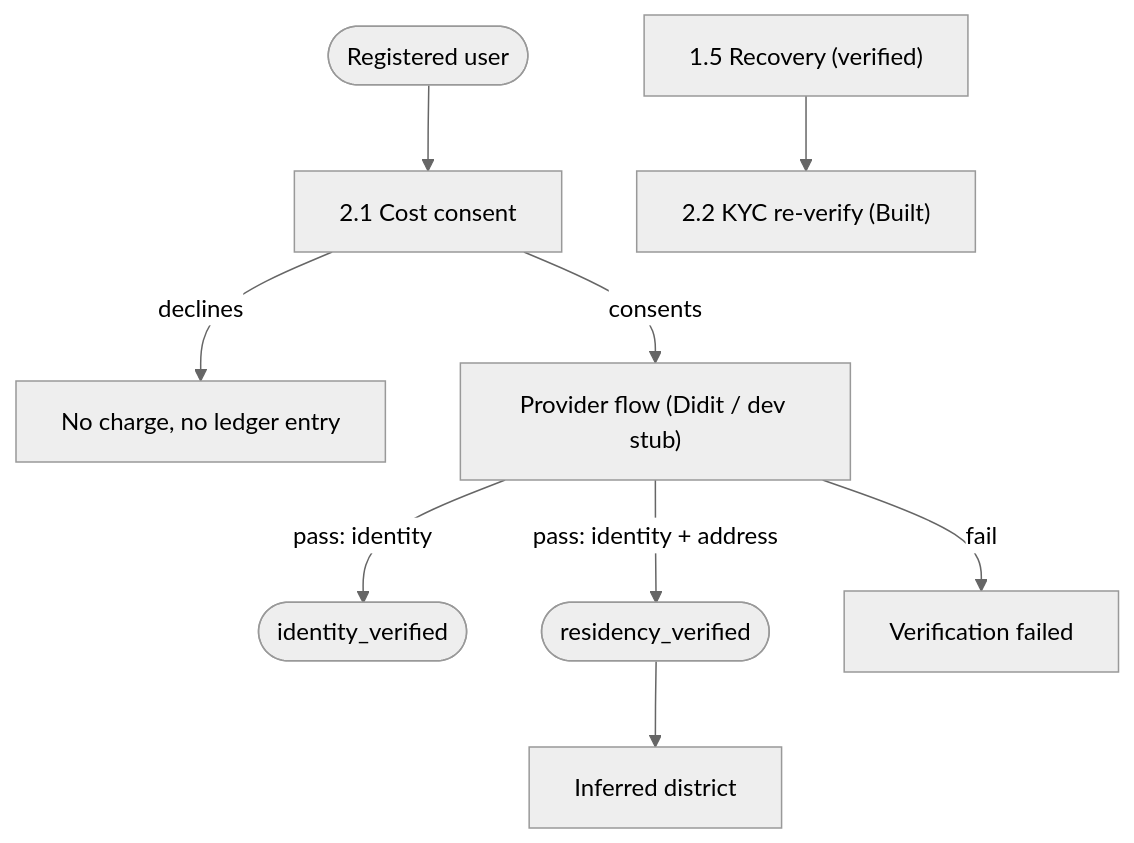
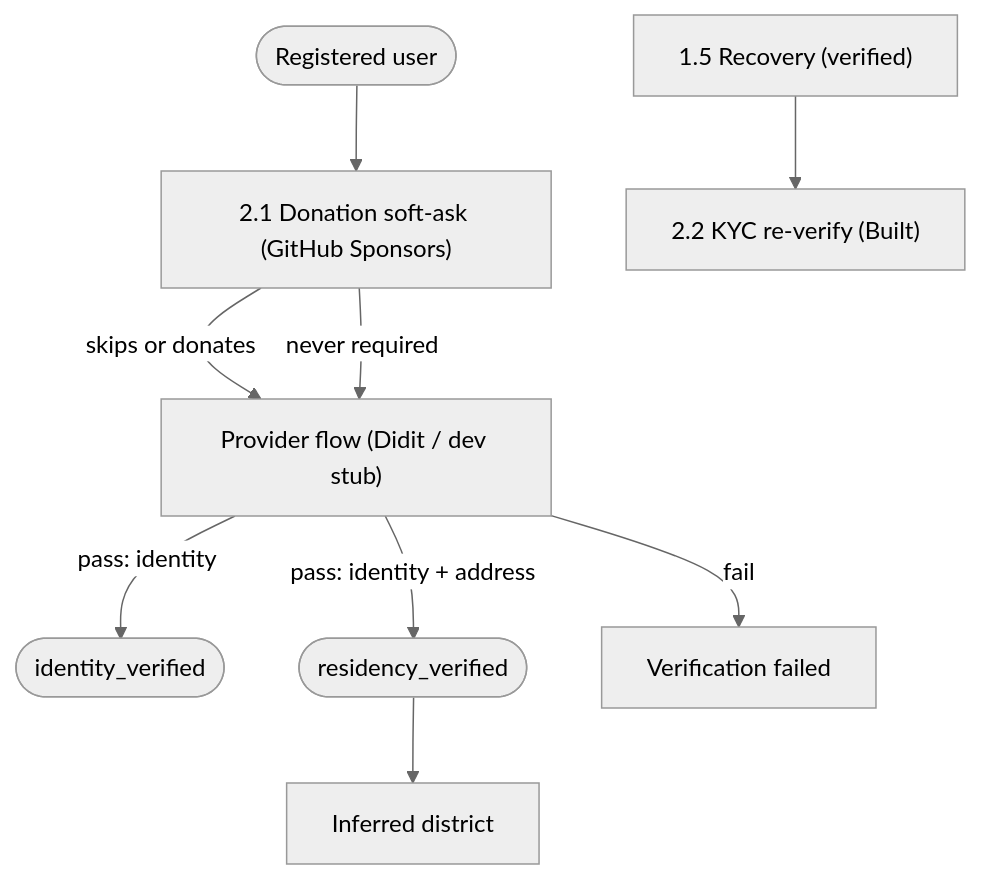
The third of 9 diagrams in docs/11-USER-FLOWS.md (oursay/oursay), drawn with Mermaid (neutral theme) before and after one commit. The commit also changed other lines of this file and 18 other files, not shown here.

Commit message:
docs: update to new donations based model using GitHub Sponsors

````diff
--- a/docs/11-USER-FLOWS.md
+++ b/docs/11-USER-FLOWS.md
@@ -285,11 +285,11 @@
 ```mermaid
 flowchart TD
-  U(["Registered user"]) --> C["2.1 Cost consent"]
-  C -->|"declines"| STOP["No charge, no ledger entry"]
-  C -->|"consents"| P["Provider flow (Didit / dev stub)"]
+  U(["Registered user"]) --> D["2.1 Donation soft-ask (GitHub Sponsors)"]
+  D -->|"skips or donates"| P["Provider flow (Didit / dev stub)"]
+  D -->|"never required"| P
   P -->|"pass: identity"| IV(["identity_verified"])
   P -->|"pass: identity + address"| RV(["residency_verified"])
   P -->|"fail"| F["Verification failed"]
-  RV --> D["Inferred district"]
+  RV --> Dist["Inferred district"]
   REC2["1.5 Recovery (verified)"] --> REV2["2.2 KYC re-verify (Built)"]
 ```
````
